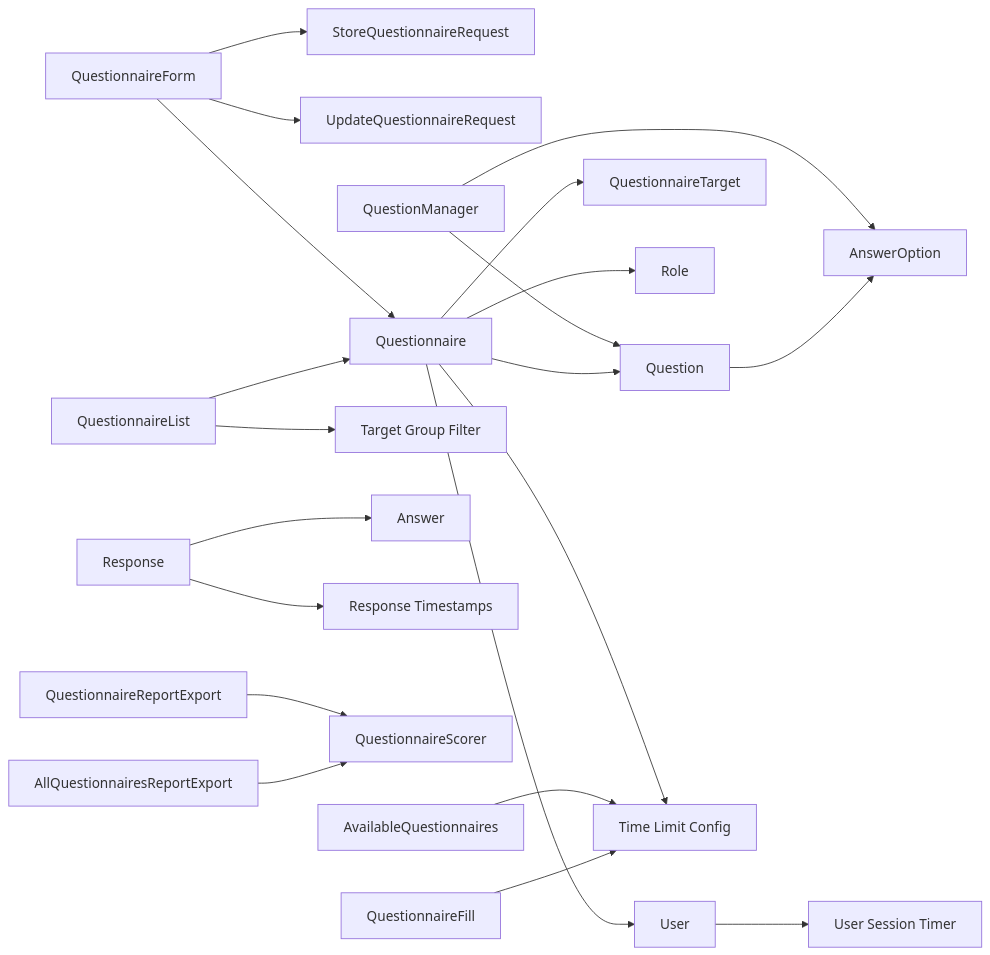
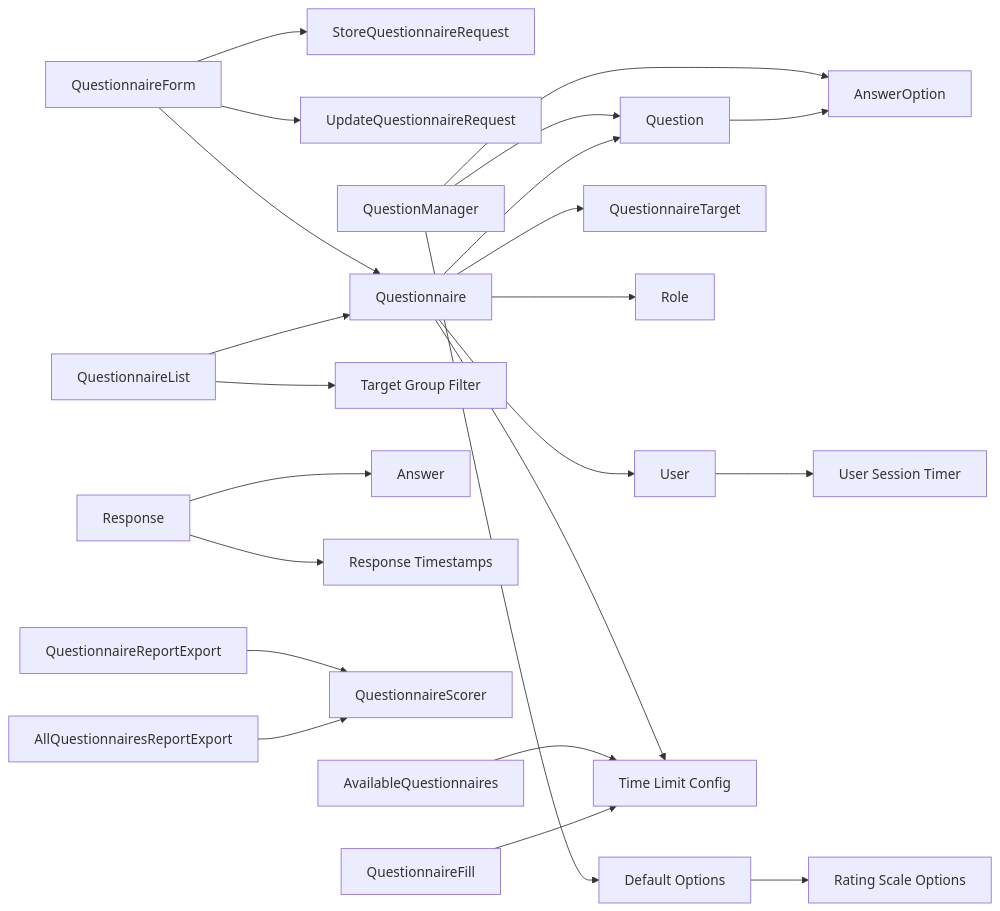
The tenth of 10 diagrams in .qoder/repowiki/en/content/Core Features/Questionnaire Management/Questionnaire Management.md (rudicatsmile/assesment360), drawn with Mermaid before and after one commit. The commit also changed other lines of this file and 4 other files, not shown here.

First line of the commit message:
feat(questionnaire): enhance validation and add Indonesian default rating options

````diff
--- a/.qoder/repowiki/en/content/Core Features/Questionnaire Management/Questionnaire Management.md
+++ b/.qoder/repowiki/en/content/Core Features/Questionnaire Management/Questionnaire Management.md
@@ -622,23 +704,25 @@
 ```mermaid
 graph LR
 QF["QuestionnaireForm"] --> SR["StoreQuestionnaireRequest"]
 QF --> UR["UpdateQuestionnaireRequest"]
 QF --> Q["Questionnaire"]
 QM["QuestionManager"] --> Qs["Question"]
 QM --> AO["AnswerOption"]
+QM --> DO["Default Options"]
 QL["QuestionnaireList"] --> Q["Questionnaire"]
 QL --> TG["Target Group Filter"]
 Q --> Qs
 Q --> QT["QuestionnaireTarget"]
 Q --> RQT["Role"]
 Q --> U["User"]
 Q --> TL["Time Limit Config"]
 Qs --> AO
 R["Response"] --> A["Answer"]
 R --> RT["Response Timestamps"]
 U --> US["User Session Timer"]
 QE["QuestionnaireReportExport"] --> SC["QuestionnaireScorer"]
 AE["AllQuestionnairesReportExport"] --> SC
 AQ["AvailableQuestionnaires"] --> TL
 QFill["QuestionnaireFill"] --> TL
+DO --> RS["Rating Scale Options"]
 ```
````
